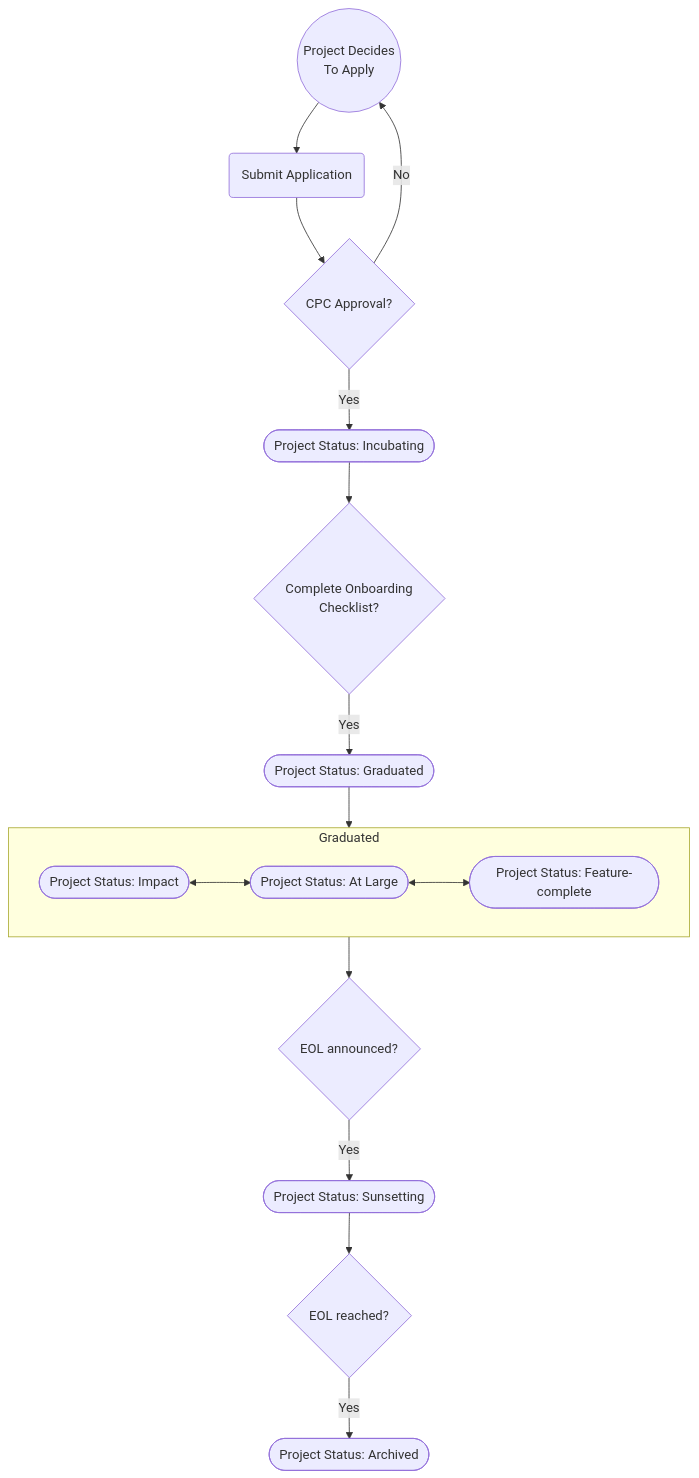
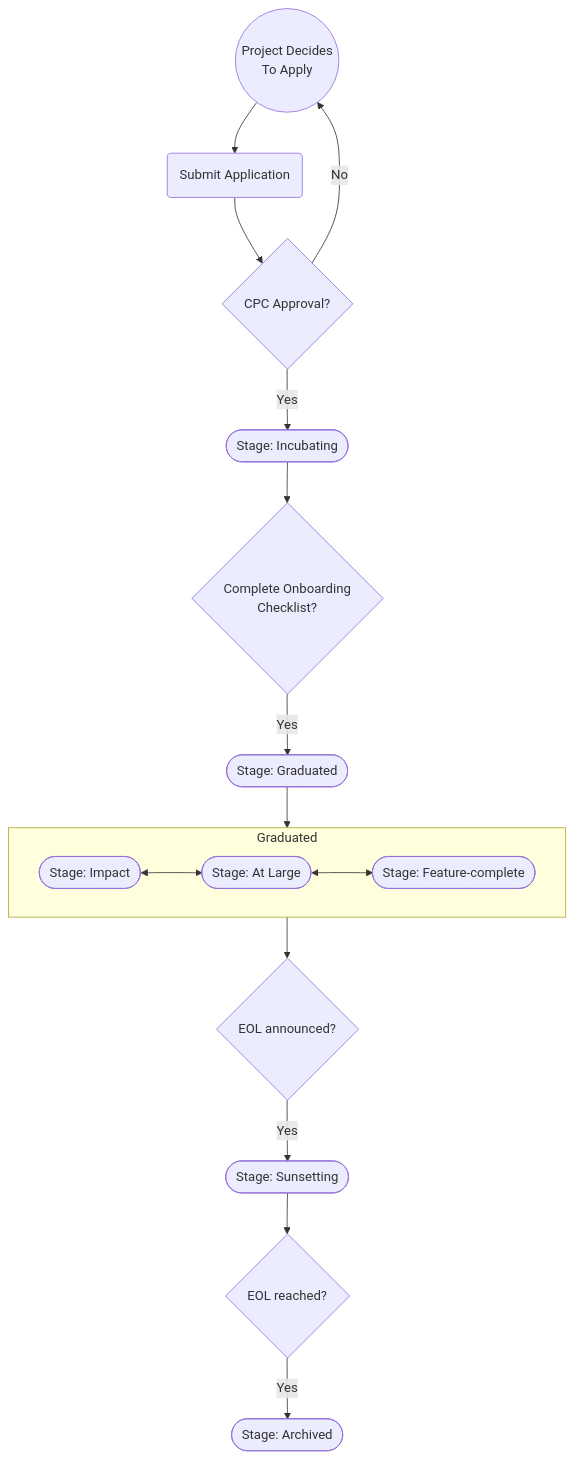
One commit to openjs-foundation/cross-project-council changed the diagram in PROJECT_PROGRESSION.md. Above: the diagram before and after it, drawn with Mermaid.

Commit message:
Rename project status to stage in mermaid diagram

````diff
--- a/PROJECT_PROGRESSION.md
+++ b/PROJECT_PROGRESSION.md
@@ -17,20 +17,20 @@
 ```mermaid
 
 flowchart TD
     A((Project Decides\nTo Apply)) --> 
     B(Submit Application)
     B --> C{CPC Approval?}    
     C --> |No|A
-    C --> |Yes|D([Project Status: Incubating])
+    C --> |Yes|D([Stage: Incubating])
     D --> E{Complete Onboarding\n Checklist?}
-    E --> |Yes|F([Project Status: Graduated])
+    E --> |Yes|F([Stage: Graduated])
     F --> Graduated 
     subgraph Graduated
        direction LR
-       a([Project Status: Impact]) <--> b([Project Status: At Large]) <--> G([Project Status: Feature-complete])
+       a([Stage: Impact]) <--> b([Stage: At Large]) <--> G([Stage: Feature-complete])
     end
     Graduated --> J{EOL announced?}
-    J --> |Yes| H([Project Status: Sunsetting])
+    J --> |Yes| H([Stage: Sunsetting])
     H --> K{EOL reached?}
-    K --> |Yes| I([Project Status: Archived])
+    K --> |Yes| I([Stage: Archived])
 ```
````
